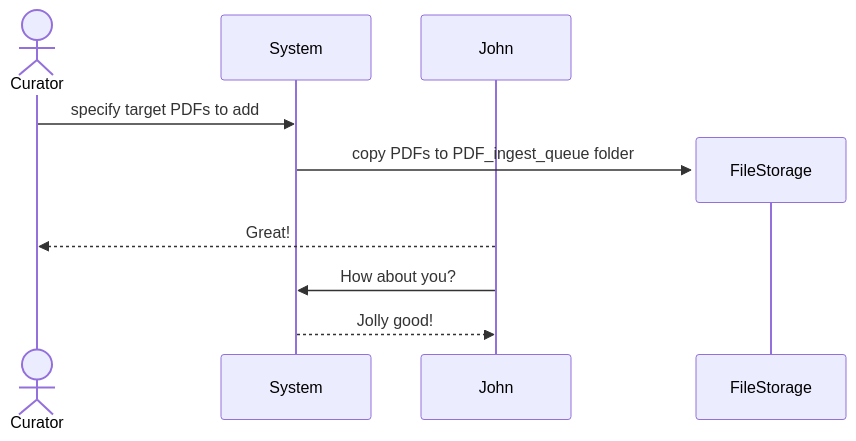
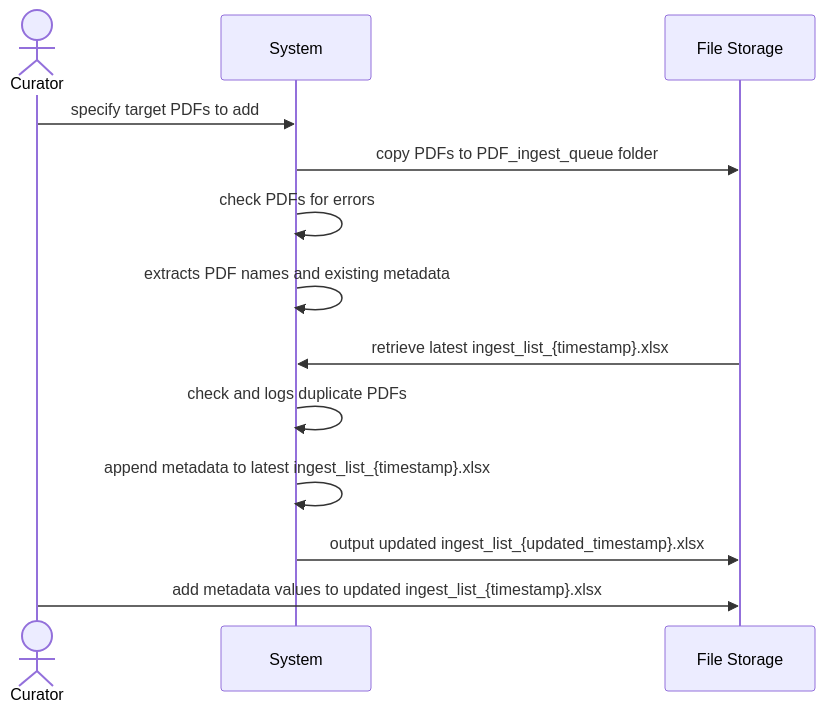
The first of 2 diagrams in docs/library_admin_processes.md (drew-wks/ASK), drawn with Mermaid before and after one commit. The commit also changed other lines of this file, not shown here.

````diff
--- a/docs/library_admin_processes.md
+++ b/docs/library_admin_processes.md
@@ -5,12 +6,16 @@
 ```mermaid
 sequenceDiagram
     actor Curator
     participant System
-    participant John
+    participant File Storage
+    
     Curator->>System: specify target PDFs to add
-    create participant FileStorage
-    System->>FileStorage: copy PDFs to PDF_ingest_queue folder
-    John-->>Curator: Great!
-    John->>System: How about you?
-    System-->>John: Jolly good!
+    System->>File Storage: copy PDFs to PDF_ingest_queue folder
+    System->>System: check PDFs for errors
+    System->>System: extracts PDF names and existing metadata
+    File Storage->>System: retrieve latest ingest_list_{timestamp}.xlsx
+    System->>System: check and logs duplicate PDFs
+    System->>System: append metadata to latest ingest_list_{timestamp}.xlsx
+    System->>File Storage: output updated ingest_list_{updated_timestamp}.xlsx
+    Curator->>File Storage: add metadata values to updated ingest_list_{timestamp}.xlsx
 ```
````
